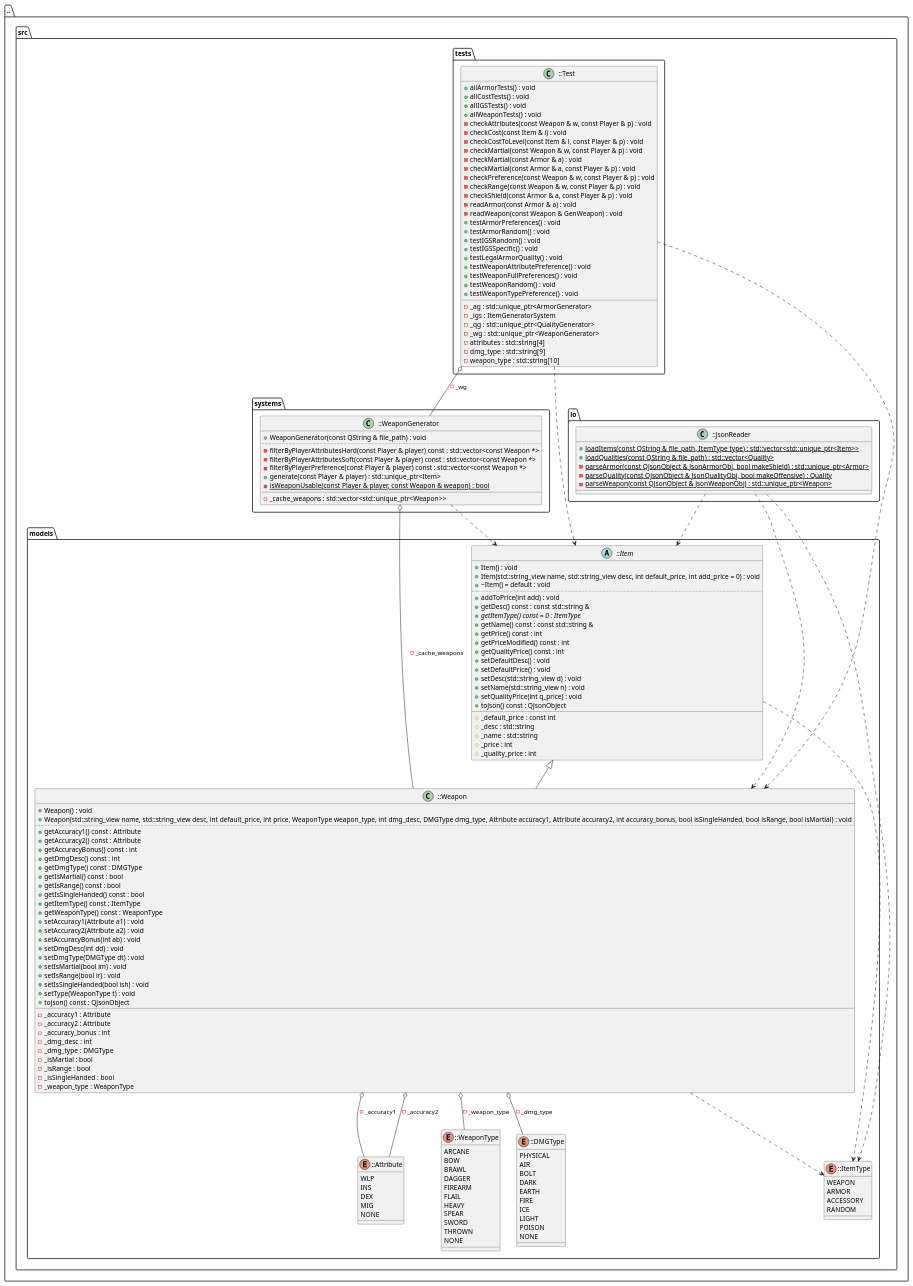
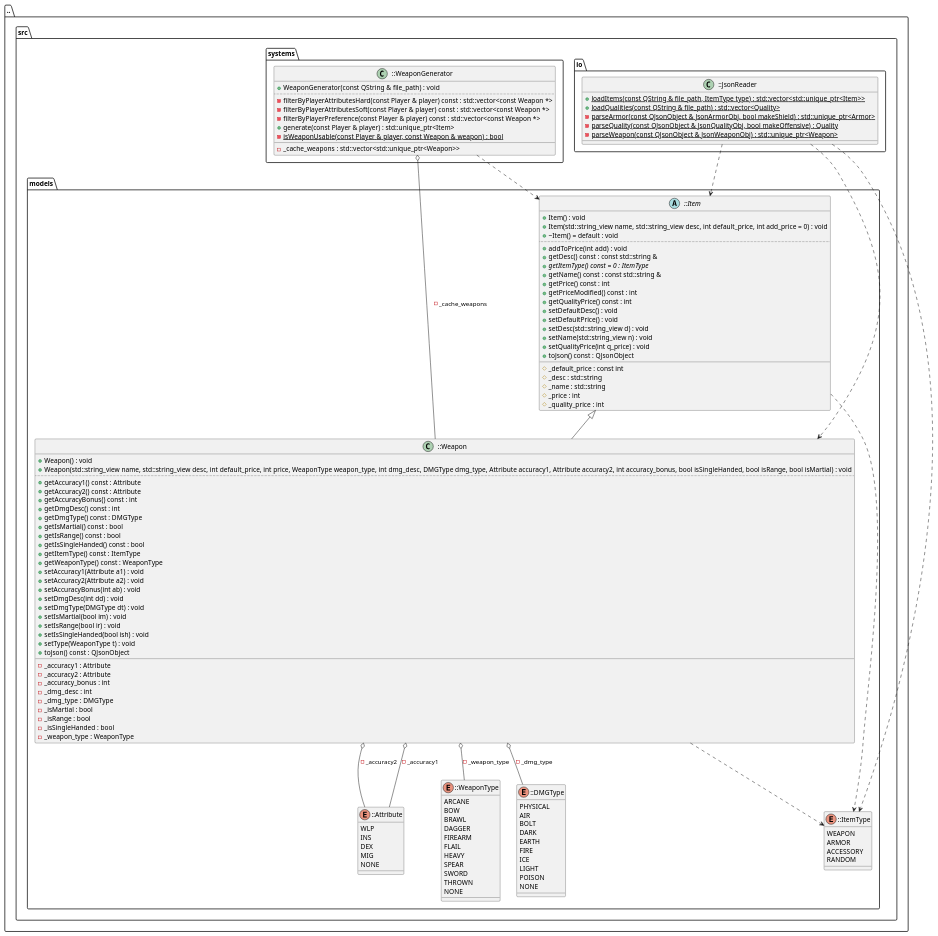
One commit to FasolowySpioch/faubla-ultima-item-generator changed the diagram in docs/diagrams/Weapon_diagram.puml. Above: the diagram before and after it, drawn with PlantUML. The commit also changed 23 other files, not shown here.

```diff
--- a/docs/diagrams/Weapon_diagram.puml
+++ b/docs/diagrams/Weapon_diagram.puml
@@ -1,192 +1,152 @@
 @startuml
 package [..] as C_0016431317663134048372 {
 package [src] as C_0010634688166860467214 {
 package [models] as C_0001626712604113445200 {
 enum "::ItemType" as C_0009506588567340924694
 enum C_0009506588567340924694 {
 WEAPON
 ARMOR
 ACCESSORY
 RANDOM
 }
 abstract "::Item" as C_0005967165952864249862
 abstract C_0005967165952864249862 {
 +Item() : void
 +Item(std::string_view name, std::string_view desc, int default_price, int add_price = 0) : void
 +~Item() = default : void
 ..
 +addToPrice(int add) : void
 +getDesc() const : const std::string &
 {abstract} +getItemType() const = 0 : ItemType
 +getName() const : const std::string &
 +getPrice() const : int
 +getPriceModified() const : int
 +getQualityPrice() const : int
 +setDefaultDesc() : void
 +setDefaultPrice() : void
 +setDesc(std::string_view d) : void
 +setName(std::string_view n) : void
 +setQualityPrice(int q_price) : void
 +toJson() const : QJsonObject
 __
 #_default_price : const int
 #_desc : std::string
 #_name : std::string
 #_price : int
 #_quality_price : int
 }
 enum "::Attribute" as C_0013522169845410927695
 enum C_0013522169845410927695 {
 WLP
 INS
 DEX
 MIG
 NONE
 }
 enum "::DMGType" as C_0009351376410296248543
 enum C_0009351376410296248543 {
 PHYSICAL
 AIR
 BOLT
 DARK
 EARTH
 FIRE
 ICE
 LIGHT
 POISON
 NONE
 }
 enum "::WeaponType" as C_0008393046724430625929
 enum C_0008393046724430625929 {
 ARCANE
 BOW
 BRAWL
 DAGGER
 FIREARM
 FLAIL
 HEAVY
 SPEAR
 SWORD
 THROWN
 NONE
 }
 class "::Weapon" as C_0009880302970961535201
 class C_0009880302970961535201 {
 +Weapon() : void
 +Weapon(std::string_view name, std::string_view desc, int default_price, int price, WeaponType weapon_type, int dmg_desc, DMGType dmg_type, Attribute accuracy1, Attribute accuracy2, int accuracy_bonus, bool isSingleHanded, bool isRange, bool isMartial) : void
 ..
 +getAccuracy1() const : Attribute
 +getAccuracy2() const : Attribute
 +getAccuracyBonus() const : int
 +getDmgDesc() const : int
 +getDmgType() const : DMGType
 +getIsMartial() const : bool
 +getIsRange() const : bool
 +getIsSingleHanded() const : bool
 +getItemType() const : ItemType
 +getWeaponType() const : WeaponType
 +setAccuracy1(Attribute a1) : void
 +setAccuracy2(Attribute a2) : void
 +setAccuracyBonus(int ab) : void
 +setDmgDesc(int dd) : void
 +setDmgType(DMGType dt) : void
 +setIsMartial(bool im) : void
 +setIsRange(bool ir) : void
 +setIsSingleHanded(bool ish) : void
 +setType(WeaponType t) : void
 +toJson() const : QJsonObject
 __
 -_accuracy1 : Attribute
 -_accuracy2 : Attribute
 -_accuracy_bonus : int
 -_dmg_desc : int
 -_dmg_type : DMGType
 -_isMartial : bool
 -_isRange : bool
 -_isSingleHanded : bool
 -_weapon_type : WeaponType
 }
 }
 package [io] as C_0016395333381226012294 {
 class "::JsonReader" as C_0002948440278719519756
 class C_0002948440278719519756 {
 {static} +loadItems(const QString & file_path, ItemType type) : std::vector<std::unique_ptr<Item>>
 {static} +loadQualities(const QString & file_path) : std::vector<Quality>
 {static} -parseArmor(const QJsonObject & JsonArmorObj, bool makeShield) : std::unique_ptr<Armor>
 {static} -parseQuality(const QJsonObject & JsonQualityObj, bool makeOffensive) : Quality
 {static} -parseWeapon(const QJsonObject & JsonWeaponObj) : std::unique_ptr<Weapon>
 __
 }
 }
 package [systems] as C_0016692703261607978348 {
 class "::WeaponGenerator" as C_0004150406585329947926
 class C_0004150406585329947926 {
 +WeaponGenerator(const QString & file_path) : void
 ..
 -filterByPlayerAttributesHard(const Player & player) const : std::vector<const Weapon *>
 -filterByPlayerAttributesSoft(const Player & player) const : std::vector<const Weapon *>
 -filterByPlayerPreference(const Player & player) const : std::vector<const Weapon *>
 +generate(const Player & player) : std::unique_ptr<Item>
 {static} -isWeaponUsable(const Player & player, const Weapon & weapon) : bool
 __
 -_cache_weapons : std::vector<std::unique_ptr<Weapon>>
 }
 }
-package [tests] as C_0009102687024667839383 {
-class "::Test" as C_0002626979548338364165
-class C_0002626979548338364165 {
-+allArmorTests() : void
-+allCostTests() : void
-+allIGSTests() : void
-+allWeaponTests() : void
--checkAttributes(const Weapon & w, const Player & p) : void
--checkCost(const Item & i) : void
--checkCostToLevel(const Item & i, const Player & p) : void
--checkMartial(const Weapon & w, const Player & p) : void
--checkMartial(const Armor & a) : void
--checkMartial(const Armor & a, const Player & p) : void
--checkPreference(const Weapon & w, const Player & p) : void
--checkRange(const Weapon & w, const Player & p) : void
--checkShield(const Armor & a, const Player & p) : void
--readArmor(const Armor & a) : void
--readWeapon(const Weapon & GenWeapon) : void
-+testArmorPreferences() : void
-+testArmorRandom() : void
-+testIGSRandom() : void
-+testIGSSpecific() : void
-+testLegalArmorQuality() : void
-+testWeaponAttributePreference() : void
-+testWeaponFullPreferences() : void
-+testWeaponRandom() : void
-+testWeaponTypePreference() : void
-__
--_ag : std::unique_ptr<ArmorGenerator>
--_igs : ItemGeneratorSystem
--_qg : std::unique_ptr<QualityGenerator>
--_wg : std::unique_ptr<WeaponGenerator>
--attributes : std::string[4]
--dmg_type : std::string[9]
--weapon_type : std::string[10]
-}
-}
 }
 }
 C_0005967165952864249862 ..> C_0009506588567340924694
 C_0009880302970961535201 ..> C_0009506588567340924694
 C_0009880302970961535201 o-- C_0008393046724430625929 : -_weapon_type
 C_0009880302970961535201 o-- C_0009351376410296248543 : -_dmg_type
 C_0009880302970961535201 o-- C_0013522169845410927695 : -_accuracy1
 C_0009880302970961535201 o-- C_0013522169845410927695 : -_accuracy2
 C_0005967165952864249862 <|-- C_0009880302970961535201
 C_0002948440278719519756 ..> C_0009880302970961535201
 C_0002948440278719519756 ..> C_0009506588567340924694
 C_0002948440278719519756 ..> C_0005967165952864249862
 C_0004150406585329947926 ..> C_0005967165952864249862
 C_0004150406585329947926 o-- C_0009880302970961535201 : -_cache_weapons
-C_0002626979548338364165 ..> C_0009880302970961535201
-C_0002626979548338364165 ..> C_0005967165952864249862
-C_0002626979548338364165 o-- C_0004150406585329947926 : -_wg
 
 'Generated with clang-uml, version 0.6.2
 'LLVM version clang version 20.1.7 (https://github.com/llvm/llvm-project.git 6146a88f60492b520a36f8f8f3231e15f3cc6082)
 @enduml
```
